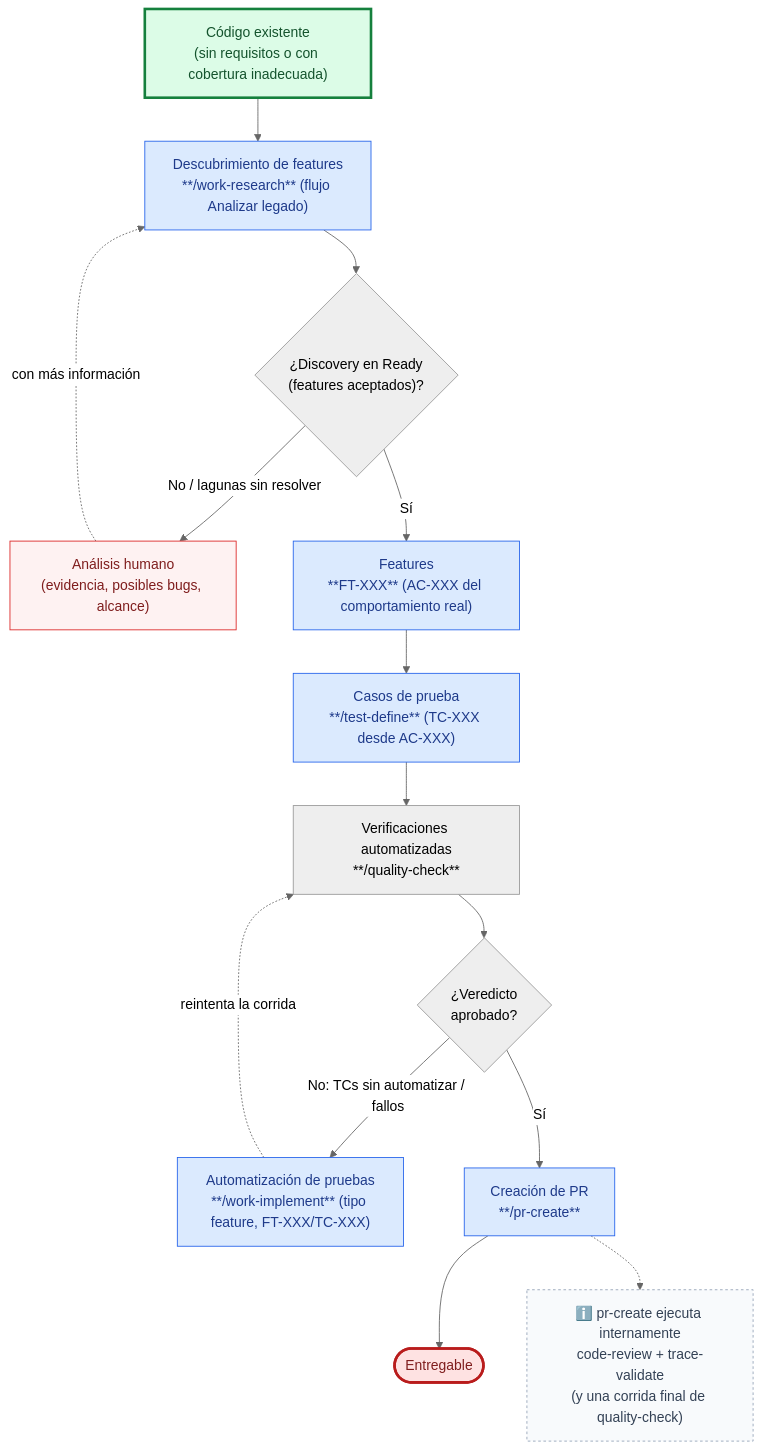
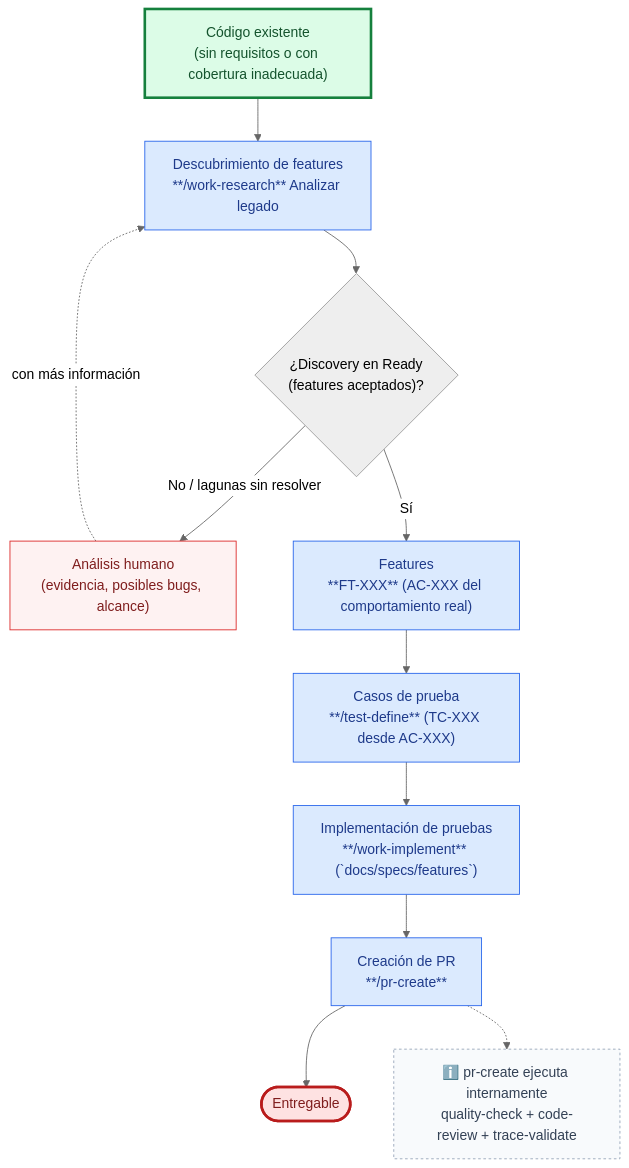
The diagram in docs/use-cases/test-coverage-legacy-code.md (juanca202/ai), drawn with Mermaid (neutral theme) before and after one commit. The commit also changed other lines of this file and 1 other file, not shown here.

Commit message:
docs(use-cases): encaminar cobertura legado a work-implement

````diff
--- a/docs/use-cases/test-coverage-legacy-code.md
+++ b/docs/use-cases/test-coverage-legacy-code.md
@@ -5,28 +5,25 @@
 ```mermaid
 flowchart TD
-    A["Código existente<br/>(sin requisitos o con cobertura inadecuada)"] --> B["Descubrimiento de features<br/>**/work-research** (flujo Analizar legado)"]
+    A["Código existente<br/>(sin requisitos o con cobertura inadecuada)"] --> B["Descubrimiento de features<br/>**/work-research** Analizar legado"]
     B --> C{"¿Discovery en Ready<br/>(features aceptados)?"}
     C -->|"No / lagunas sin resolver"| H["Análisis humano<br/>(evidencia, posibles bugs, alcance)"]
     H -.->|"con más información"| B
     C -->|"Sí"| D["Features<br/>**FT-XXX** (AC-XXX del comportamiento real)"]
     D --> E["Casos de prueba<br/>**/test-define** (TC-XXX desde AC-XXX)"]
-    E --> Q0["Verificaciones automatizadas<br/>**/quality-check**"]
-    Q0 --> Q1{"¿Veredicto<br/>aprobado?"}
-    Q1 -->|"No: TCs sin automatizar / fallos"| G["Automatización de pruebas<br/>**/work-implement** (tipo feature, FT-XXX/TC-XXX)"]
-    G -.->|"reintenta la corrida"| Q0
-    Q1 -->|"Sí"| I["Creación de PR<br/>**/pr-create**"]
+    E --> G["Implementación de pruebas<br/>**/work-implement** (`docs/specs/features`)"]
+    G --> I["Creación de PR<br/>**/pr-create**"]
     I --> J(["Entregable"])
-    NOTE["ℹ️ pr-create ejecuta internamente<br/>code-review + trace-validate<br/>(y una corrida final de quality-check)"]
+    NOTE["ℹ️ pr-create ejecuta internamente<br/>quality-check + code-review + trace-validate"]
     I -.-> NOTE
 
     classDef main fill:#dbeafe,stroke:#2563eb,color:#1e3a8a
     classDef human fill:#fef2f2,stroke:#dc2626,color:#7f1d1d
     classDef entryPoint fill:#dcfce7,stroke:#15803d,stroke-width:3px,color:#14532d
     classDef exitPoint fill:#fee2e2,stroke:#b91c1c,stroke-width:3px,color:#7f1d1d
     classDef note fill:#f8fafc,stroke:#94a3b8,stroke-width:1px,stroke-dasharray:3 3,color:#334155
     class B,D,E,G,I main
     class H human
     class A entryPoint
     class J exitPoint
     class NOTE note
 ```
````
